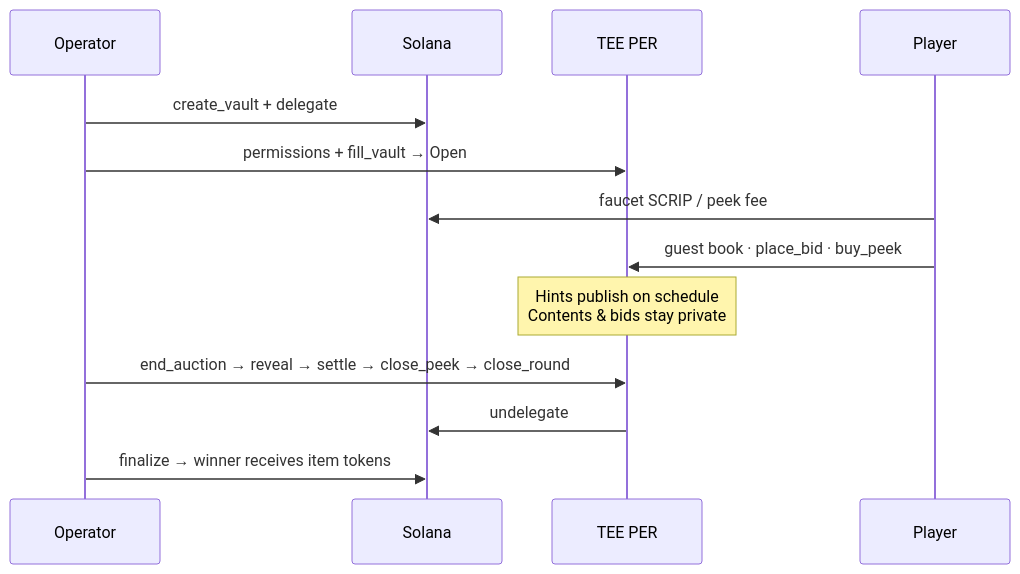
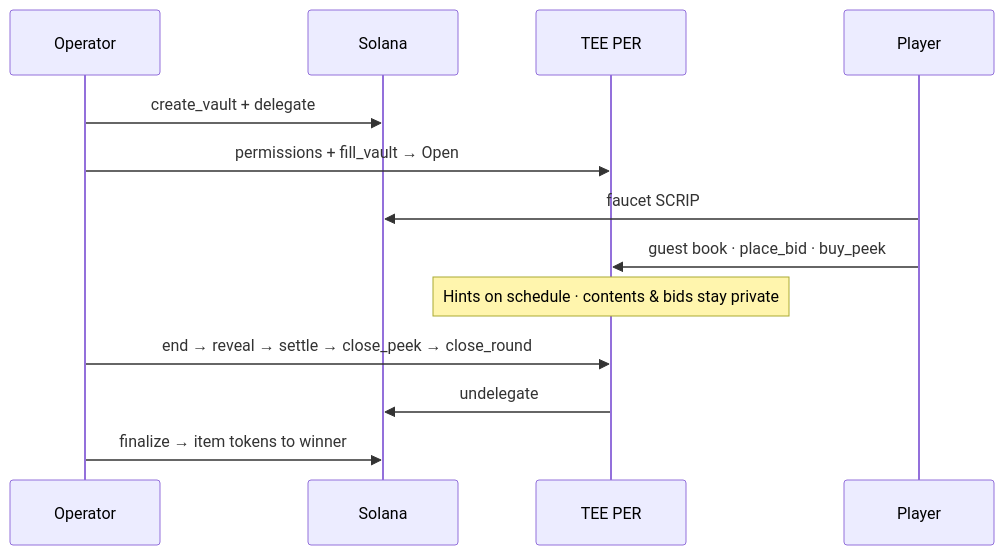
One commit to Aditya-linux/BlindVault changed the second of 2 diagrams in README.md. Above: the diagram before and after it, drawn with Mermaid. The commit also changed other lines of this file and 12 other files, not shown here.

````diff
--- a/README.md
+++ b/README.md
@@ -82,16 +78,16 @@
 ```mermaid
 sequenceDiagram
   participant Op as Operator
   participant S as Solana
   participant T as TEE PER
   participant Pl as Player
 
   Op->>S: create_vault + delegate
   Op->>T: permissions + fill_vault → Open
-  Pl->>S: faucet SCRIP / peek fee
+  Pl->>S: faucet SCRIP
   Pl->>T: guest book · place_bid · buy_peek
-  Note over T: Hints publish on schedule<br/>Contents & bids stay private
-  Op->>T: end_auction → reveal → settle → close_peek → close_round
+  Note over T: Hints on schedule · contents & bids stay private
+  Op->>T: end → reveal → settle → close_peek → close_round
   T->>S: undelegate
-  Op->>S: finalize → winner receives item tokens
+  Op->>S: finalize → item tokens to winner
 ```
````
